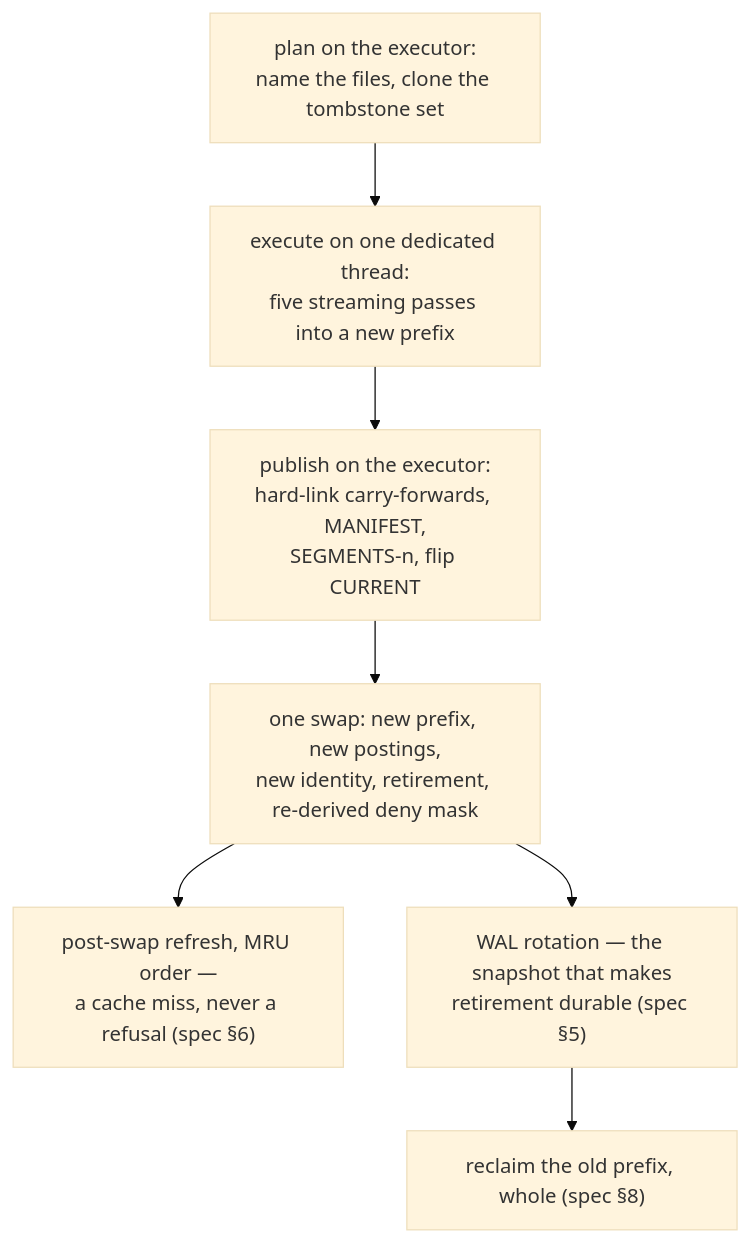
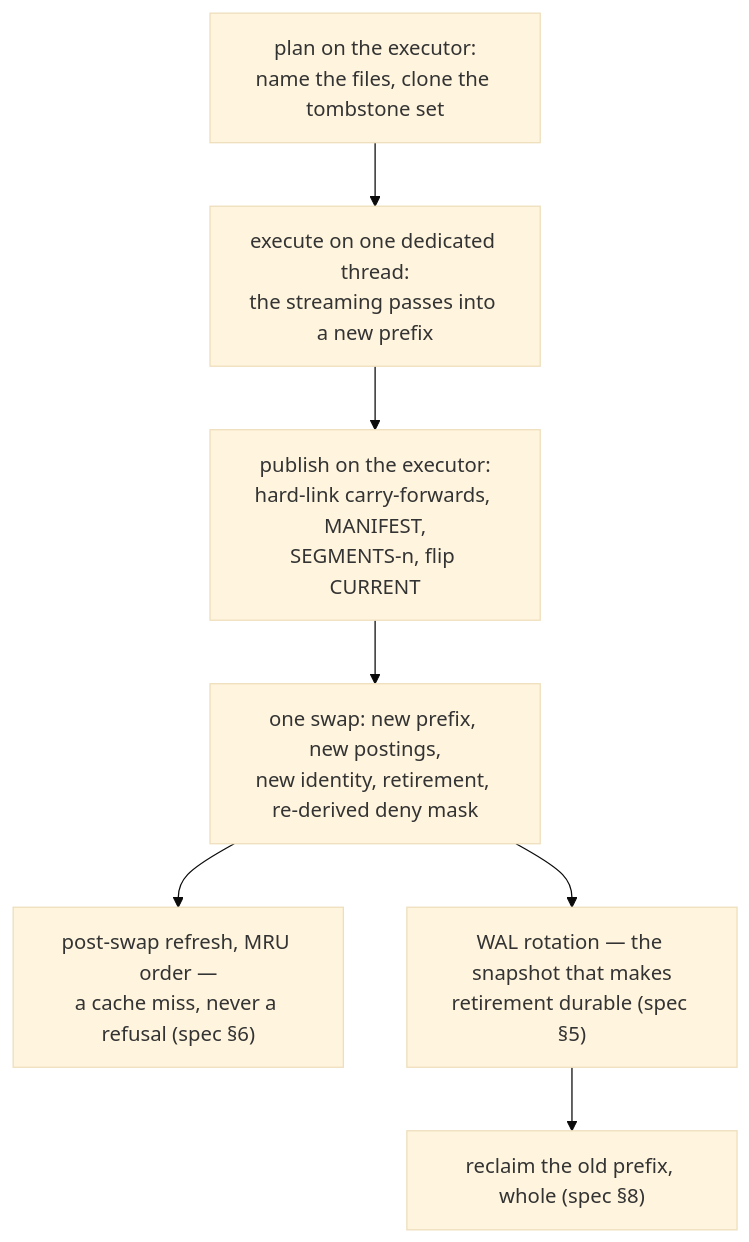
One commit to jennis0/tesseradb changed the diagram in docs/design/compaction.md. Above: the diagram before and after it, drawn with Mermaid (base theme). The commit also changed other lines of this file and 6 other files, not shown here.

````diff
--- a/docs/design/compaction.md
+++ b/docs/design/compaction.md
@@ -99,9 +99,9 @@
 ```mermaid
 flowchart TD
-  A["plan on the executor:<br/>name the files, clone the tombstone set"] --> B["execute on one dedicated thread:<br/>five streaming passes into a new prefix"]
+  A["plan on the executor:<br/>name the files, clone the tombstone set"] --> B["execute on one dedicated thread:<br/>the streaming passes into a new prefix"]
   B --> C["publish on the executor:<br/>hard-link carry-forwards, MANIFEST,<br/>SEGMENTS-n, flip CURRENT"]
   C --> D["one swap: new prefix, new postings,<br/>new identity, retirement, re-derived deny mask"]
   D --> E["post-swap refresh, MRU order —<br/>a cache miss, never a refusal (spec §6)"]
   D --> F["WAL rotation — the snapshot that makes<br/>retirement durable (spec §5)"]
   F --> G["reclaim the old prefix, whole (spec §8)"]
 ```
````
